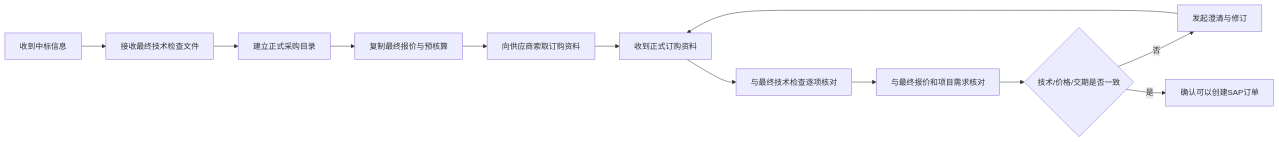
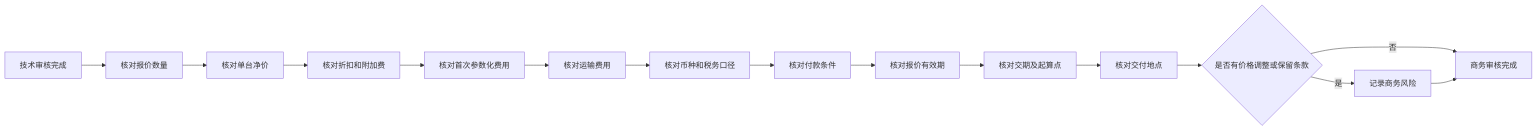
One commit to giengenbw/chassisprocess changed the eighth of 52 diagrams in README.md. Above: the diagram before and after it, drawn with Mermaid. The commit also changed other lines of this file, not shown here.

````diff
--- a/README.md
+++ b/README.md
@@ -275,14 +172,17 @@
 ```mermaid
 flowchart LR
-    A[收到中标信息] --> B[接收最终技术检查文件]
-    B --> C[建立正式采购目录]
-    C --> D[复制最终报价与预核算]
-    D --> E[向供应商索取订购资料]
-    E --> F[收到正式订购资料]
-    F --> G[与最终技术检查逐项核对]
-    G --> H[与最终报价和项目需求核对]
-    H --> I{技术/价格/交期是否一致}
-    I -->|否| J[发起澄清与修订]
-    J --> F
-    I -->|是| K[确认可以创建SAP订单]
+    A[技术审核完成] --> B[核对报价数量]
+    B --> C[核对单台净价]
+    C --> D[核对折扣和附加费]
+    D --> E[核对首次参数化费用]
+    E --> F[核对运输费用]
+    F --> G[核对币种和税务口径]
+    G --> H[核对付款条件]
+    H --> I[核对报价有效期]
+    I --> J[核对交期及起算点]
+    J --> K[核对交付地点]
+    K --> L{是否有价格调整或保留条款}
+    L -->|是| M[记录商务风险]
+    L -->|否| N[商务审核完成]
+    M --> N
 ```
````
